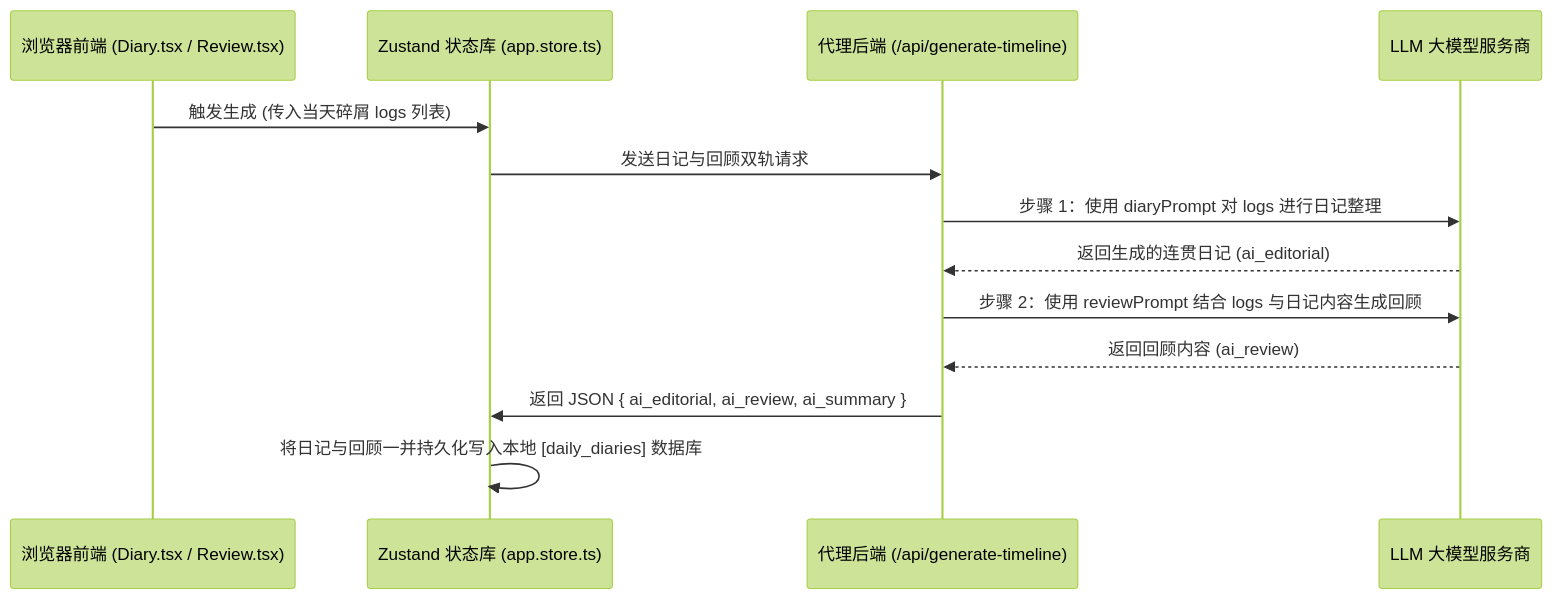
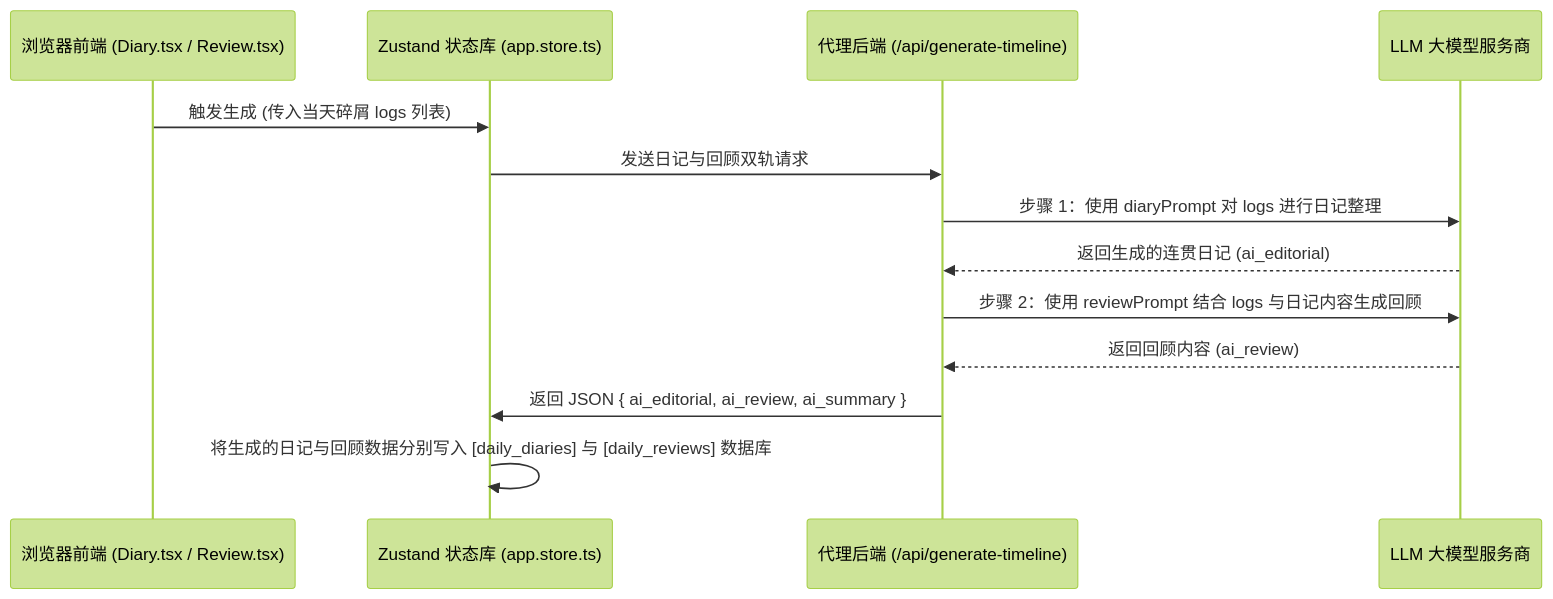
One commit to haotianliangye/baimiaobiji changed the second of 3 diagrams in docs/architecture.md. Above: the diagram before and after it, drawn with Mermaid (forest theme). The commit also changed other lines of this file and 11 other files, not shown here.

````diff
--- a/docs/architecture.md
+++ b/docs/architecture.md
@@ -45,16 +45,16 @@
 ```mermaid
 sequenceDiagram
     participant Frontend as 浏览器前端 (Diary.tsx / Review.tsx)
     participant Store as Zustand 状态库 (app.store.ts)
     participant Backend as 代理后端 (/api/generate-timeline)
     participant LLM as LLM 大模型服务商
 
     Frontend->>Store: 触发生成 (传入当天碎屑 logs 列表)
     Store->>Backend: 发送日记与回顾双轨请求
     Backend->>LLM: 步骤 1：使用 diaryPrompt 对 logs 进行日记整理
     LLM-->>Backend: 返回生成的连贯日记 (ai_editorial)
     Backend->>LLM: 步骤 2：使用 reviewPrompt 结合 logs 与日记内容生成回顾
     LLM-->>Backend: 返回回顾内容 (ai_review)
     Backend->>Store: 返回 JSON { ai_editorial, ai_review, ai_summary }
-    Store->>Store: 将日记与回顾一并持久化写入本地 [daily_diaries] 数据库
+    Store->>Store: 将生成的日记与回顾数据分别写入 [daily_diaries] 与 [daily_reviews] 数据库
 ```
````
